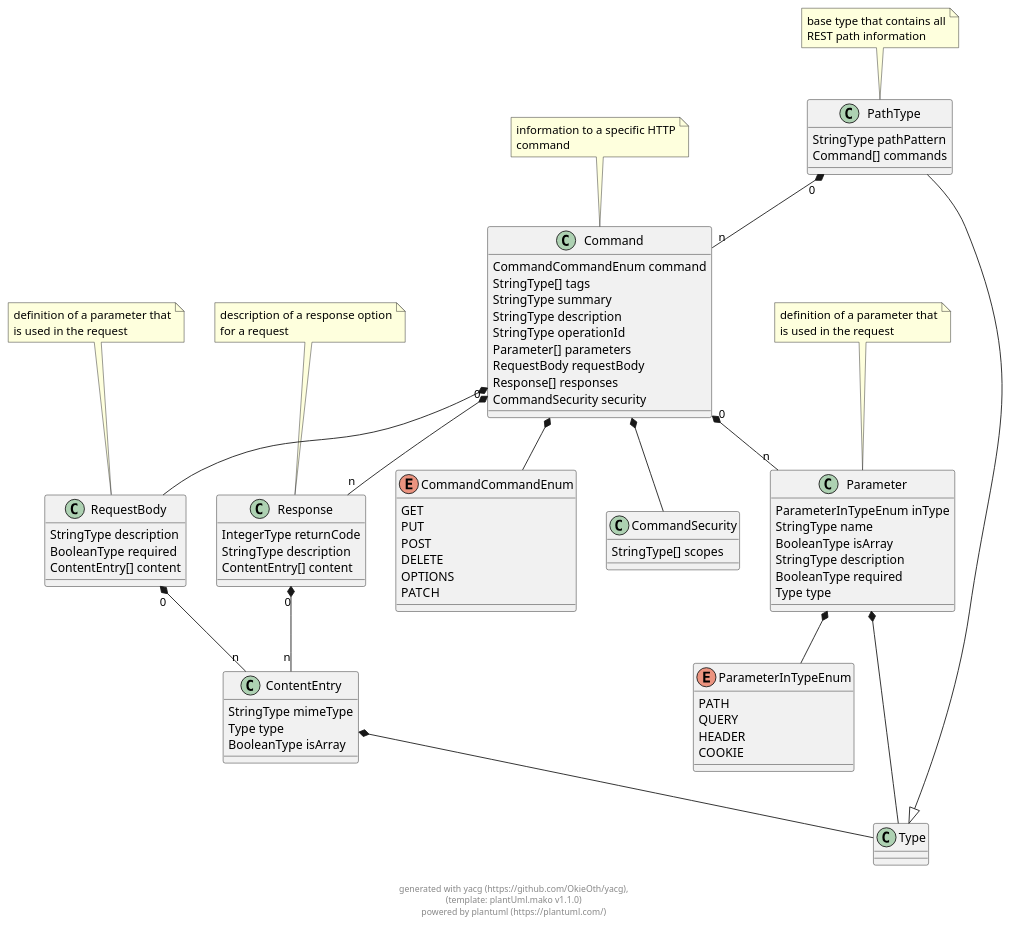
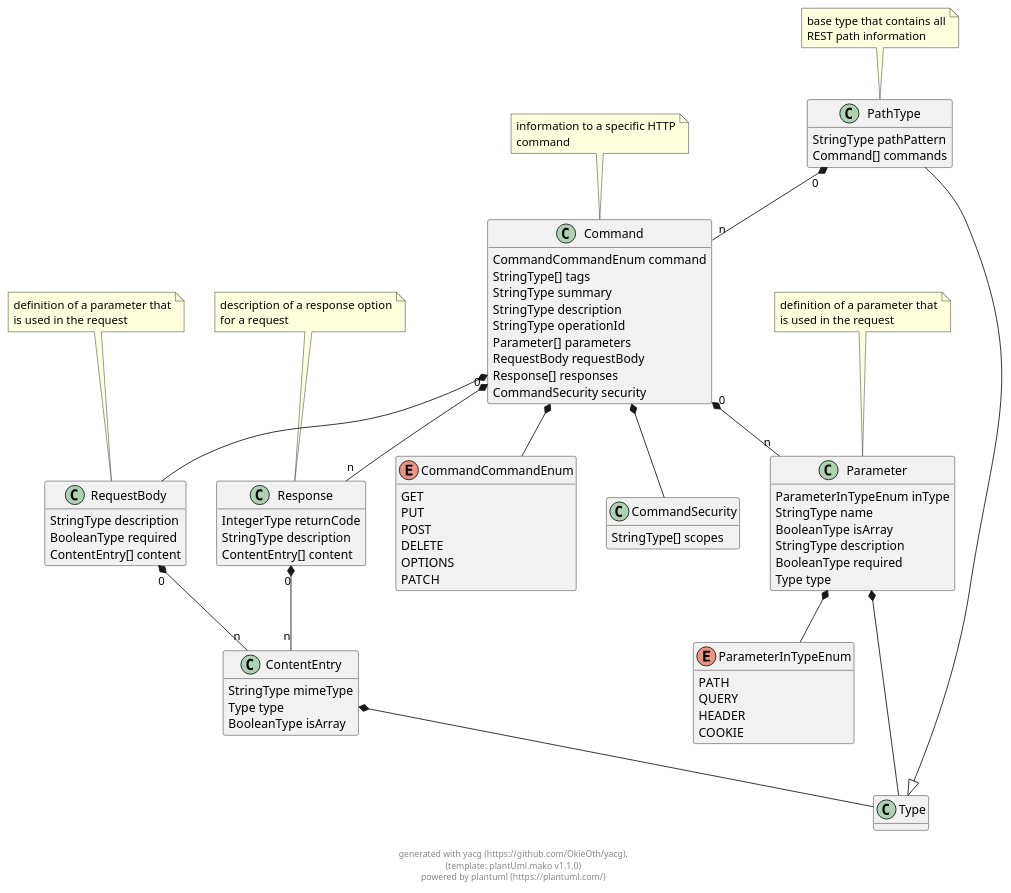
Before and after one commit to OkieOth/yacg: the diagram in docs/puml/yacg_openapi.puml, drawn with PlantUML. The commit also changed 6 other files, not shown here.

```diff
--- a/docs/puml/yacg_openapi.puml
+++ b/docs/puml/yacg_openapi.puml
@@ -2,143 +2,144 @@
 @startuml
+hide empty methods
 
 class PathType {
         StringType pathPattern
         Command[] commands
 }
 
 note top: base type that contains all\nREST path information
 
 PathType --|> Type
 class Command {
         CommandCommandEnum command
         StringType[] tags
         StringType summary
         StringType description
         StringType operationId
         Parameter[] parameters
         RequestBody requestBody
         Response[] responses
         CommandSecurity security
 }
 
 note top: information to a specific HTTP\ncommand
 
 enum CommandCommandEnum {
     GET
     PUT
     POST
     DELETE
     OPTIONS
     PATCH
 }
 
 
 class Parameter {
         ParameterInTypeEnum inType
         StringType name
         BooleanType isArray
         StringType description
         BooleanType required
         Type type
 }
 
 note top: definition of a parameter that\nis used in the request
 
 class RequestBody {
         StringType description
         BooleanType required
         ContentEntry[] content
 }
 
 note top: definition of a parameter that\nis used in the request
 
 class Response {
         IntegerType returnCode
         StringType description
         ContentEntry[] content
 }
 
 note top: description of a response option\nfor a request
 
 class CommandSecurity {
         StringType[] scopes
 }
 
 
 class ContentEntry {
         StringType mimeType
         Type type
         BooleanType isArray
 }
 
 
 enum ParameterInTypeEnum {
     PATH
     QUERY
     HEADER
     COOKIE
 }
 
 
 
     
 
 PathType "0" *-- "n" Command
             
 
     
 Command  *--  CommandCommandEnum
             
 
 
 
 
 
 Command "0" *-- "n" Parameter
             
 
 Command  *--  RequestBody
             
 
 Command "0" *-- "n" Response
             
 
 Command  *--  CommandSecurity
             
 
     
     
 Parameter  *--  ParameterInTypeEnum
             
 
 
 
 
 
 Parameter  *--  Type
             
 
     
 
 
 RequestBody "0" *-- "n" ContentEntry
             
 
     
 
 
 Response "0" *-- "n" ContentEntry
             
 
     
 
     
 
 ContentEntry  *--  Type
             
 
 
     
 
 footer \ngenerated with yacg (https://github.com/OkieOth/yacg),\n(template: plantUml.mako v1.1.0)\npowered by plantuml (https://plantuml.com/)
 @enduml
```
